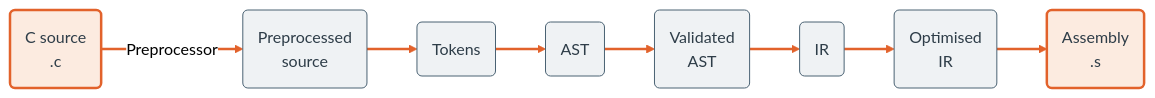
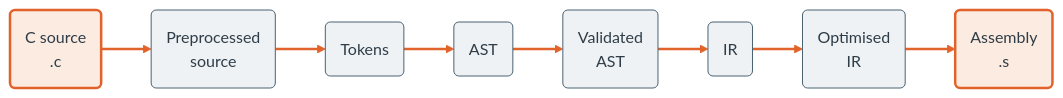
Before and after one commit to joshuanunn/charr: the second of 2 diagrams in README.md, drawn with Mermaid (neutral theme). The commit also changed other lines of this file, not shown here.

````diff
--- a/README.md
+++ b/README.md
@@ -158,20 +158,19 @@
 ```mermaid
 flowchart LR
     src("C source<br/>.c")
     pp("Preprocessed<br/>source")
     tok("Tokens")
     ast("AST")
     vast("Validated<br/>AST")
     ir("IR")
     oir("Optimised<br/>IR")
     asm("Assembly<br/>.s")
 
-    src -->|Preprocessor| pp
-    pp --> tok --> ast --> vast --> ir --> oir --> asm
+    src --> pp --> tok --> ast --> vast --> ir --> oir --> asm
 
     classDef irc fill:#EFF2F4,stroke:#4A6273,stroke-width:1px,color:#2E3D48;
     classDef endpt fill:#FCEBE0,stroke:#E2622B,stroke-width:2.5px,color:#2E3D48;
     class src,asm endpt;
     class pp,tok,ast,vast,ir,oir irc;
     linkStyle default stroke:#E2622B,stroke-width:2.5px;
 ```
````
